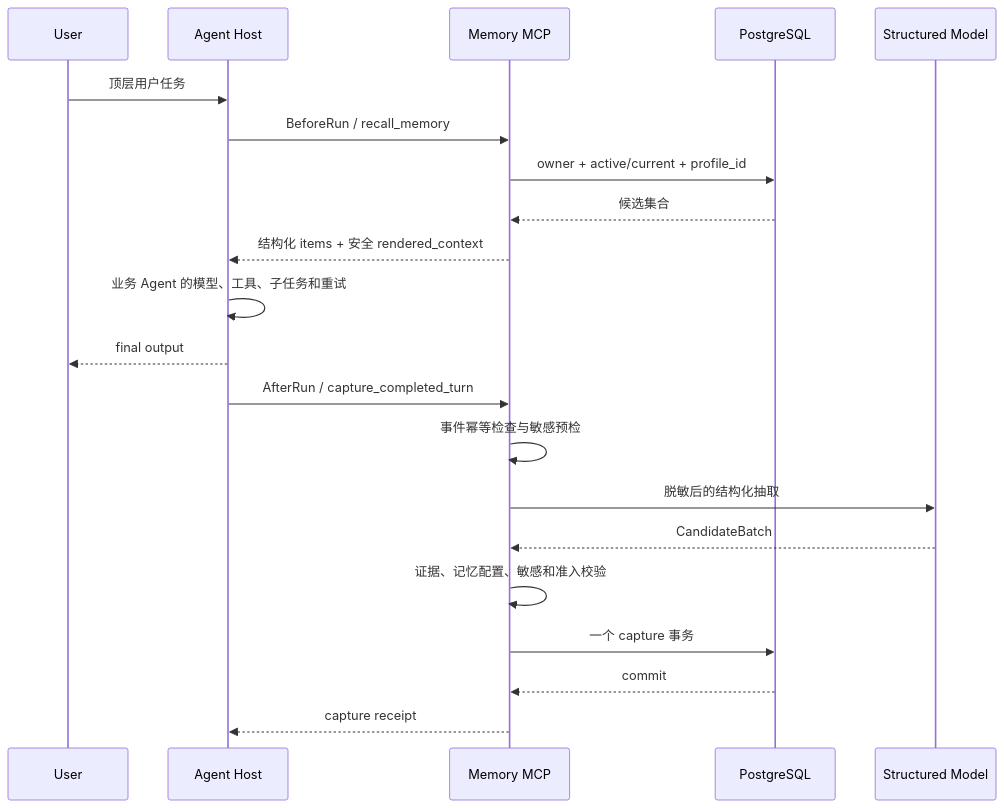
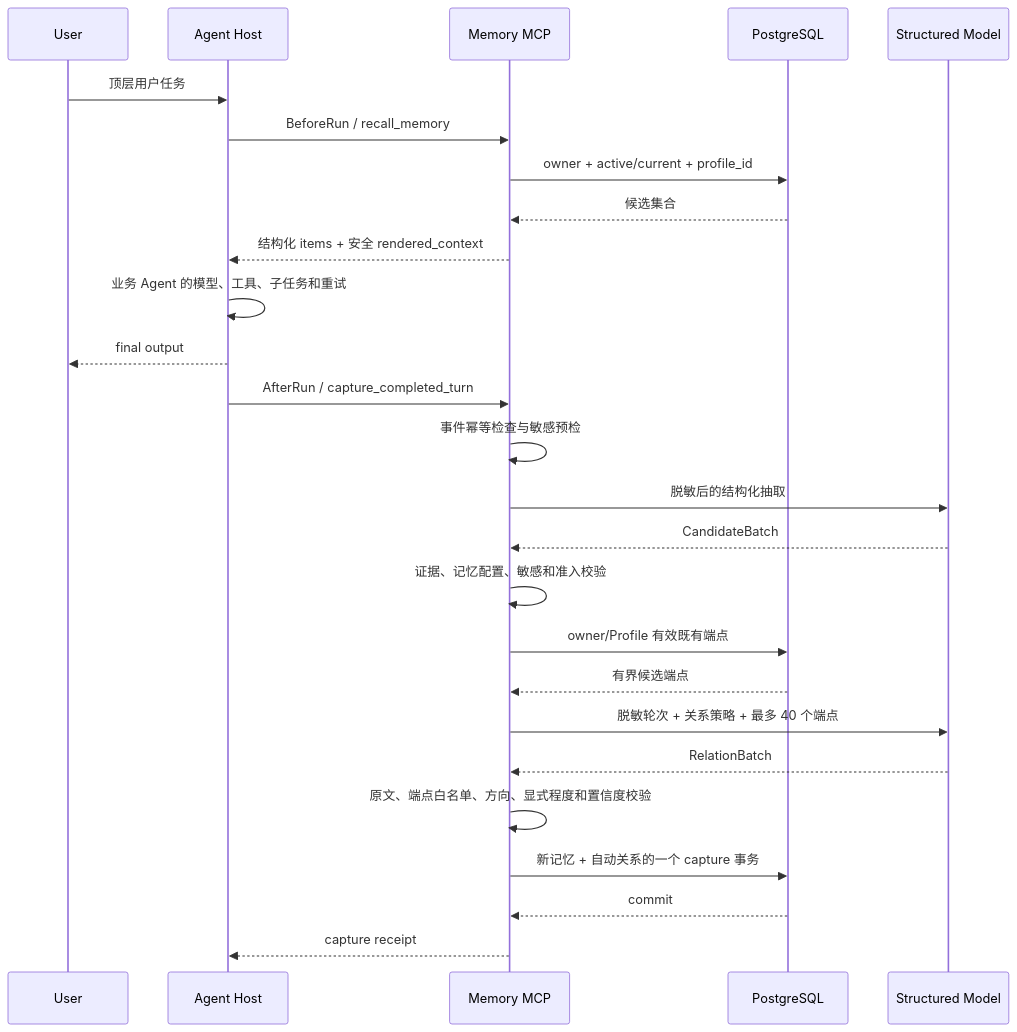
One commit to dxiaosen/memory-mcp changed the diagram in docs/design.md. Above: the diagram before and after it, drawn with Mermaid. The commit also changed other lines of this file and 73 other files, not shown here.

````diff
--- a/docs/design.md
+++ b/docs/design.md
@@ -134,24 +135,29 @@
 ```mermaid
 sequenceDiagram
     participant U as User
     participant H as Agent Host
     participant M as Memory MCP
     participant D as PostgreSQL
     participant L as Structured Model
 
     U->>H: 顶层用户任务
     H->>M: BeforeRun / recall_memory
     M->>D: owner + active/current + profile_id
     D-->>M: 候选集合
     M-->>H: 结构化 items + 安全 rendered_context
     H->>H: 业务 Agent 的模型、工具、子任务和重试
     H-->>U: final output
     H->>M: AfterRun / capture_completed_turn
     M->>M: 事件幂等检查与敏感预检
     M->>L: 脱敏后的结构化抽取
     L-->>M: CandidateBatch
     M->>M: 证据、记忆配置、敏感和准入校验
-    M->>D: 一个 capture 事务
+    M->>D: owner/Profile 有效既有端点
+    D-->>M: 有界候选端点
+    M->>L: 脱敏轮次 + 关系策略 + 最多 40 个端点
+    L-->>M: RelationBatch
+    M->>M: 原文、端点白名单、方向、显式程度和置信度校验
+    M->>D: 新记忆 + 自动关系的一个 capture 事务
     D-->>M: commit
     M-->>H: capture receipt
 ```
````
